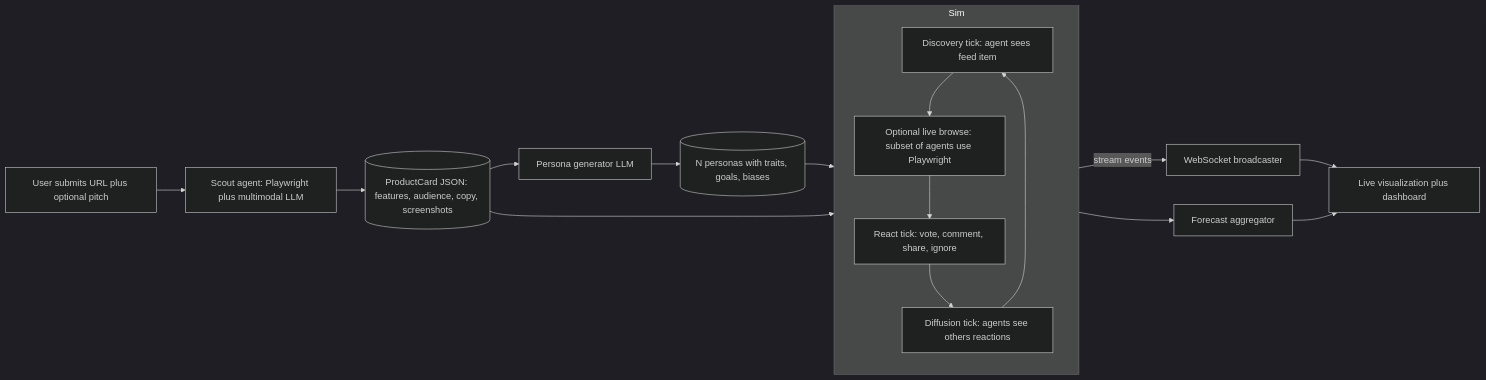
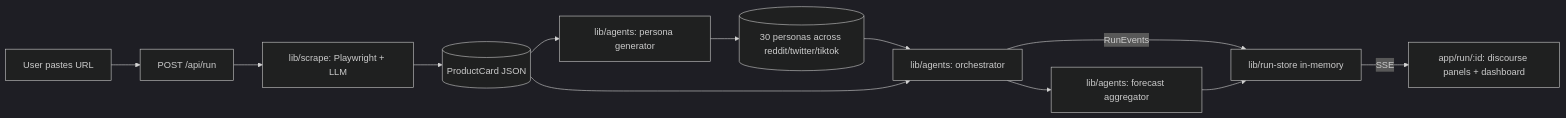
One commit to kennethmuyoyo/launch-sim changed the diagram in vibe-app-launch-simulator_afe4850c.plan.md. Above: the diagram before and after it, drawn with Mermaid (dark theme). The commit also changed other lines of this file and 39 other files, not shown here.

````diff
--- a/vibe-app-launch-simulator_afe4850c.plan.md
+++ b/vibe-app-launch-simulator_afe4850c.plan.md
@@ -58,21 +68,14 @@
 ```mermaid
 flowchart LR
-    User[User submits URL plus optional pitch] --> Scout
-    Scout[Scout agent: Playwright plus multimodal LLM] --> ProductCard[(ProductCard JSON: features, audience, copy, screenshots)]
-    ProductCard --> PersonaGen[Persona generator LLM]
-    PersonaGen --> Personas[(N personas with traits, goals, biases)]
-    Personas --> Sim[Simulation engine]
-    ProductCard --> Sim
-    Sim -->|stream events| WS[WebSocket broadcaster]
-    WS --> UI[Live visualization plus dashboard]
-    Sim --> Aggregator[Forecast aggregator]
-    Aggregator --> UI
-
-    subgraph Sim
-        Discover[Discovery tick: agent sees feed item]
-        Browse[Optional live browse: subset of agents use Playwright]
-        React[React tick: vote, comment, share, ignore]
-        Diffuse[Diffusion tick: agents see others reactions]
-        Discover --> Browse --> React --> Diffuse --> Discover
-    end
+    User[User pastes URL] --> API1[POST /api/run]
+    API1 --> Scrape[lib/scrape: Playwright + LLM]
+    Scrape --> Card[(ProductCard JSON)]
+    Card --> PG[lib/agents: persona generator]
+    PG --> Personas[(30 personas across reddit/twitter/tiktok)]
+    Personas --> Sim[lib/agents: orchestrator]
+    Card --> Sim
+    Sim -->|RunEvents| Store[lib/run-store in-memory]
+    Sim --> Aggregator[lib/agents: forecast aggregator]
+    Aggregator --> Store
+    Store -->|SSE| UI[app/run/:id: discourse panels + dashboard]
 ```
````
